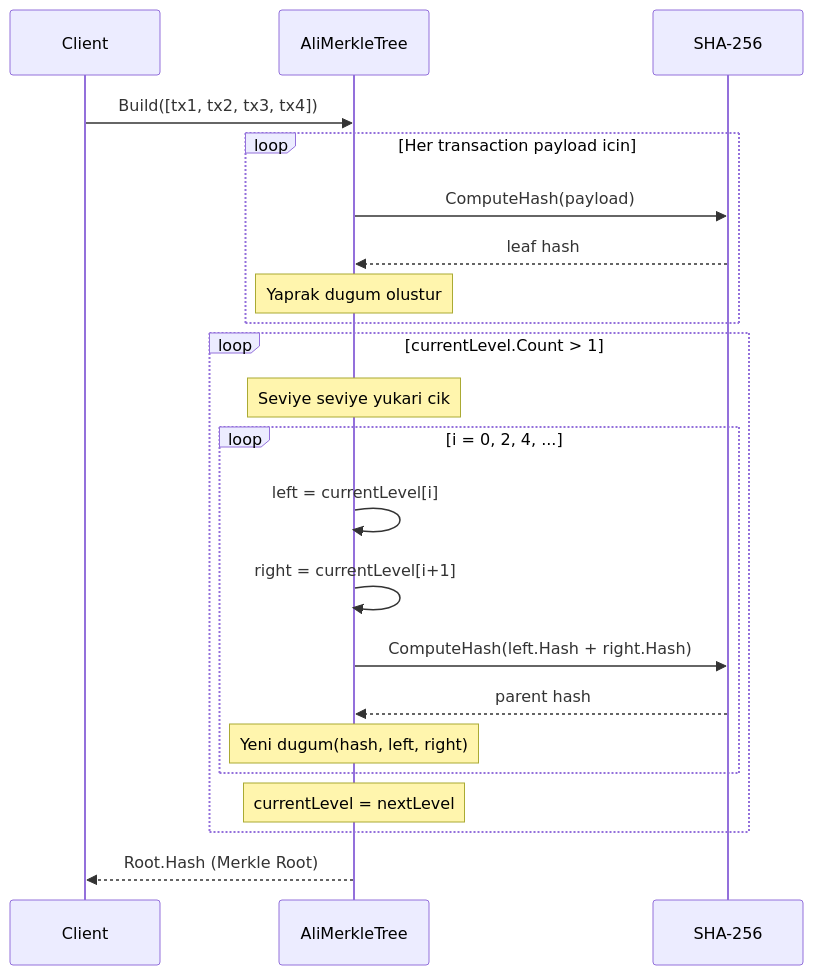
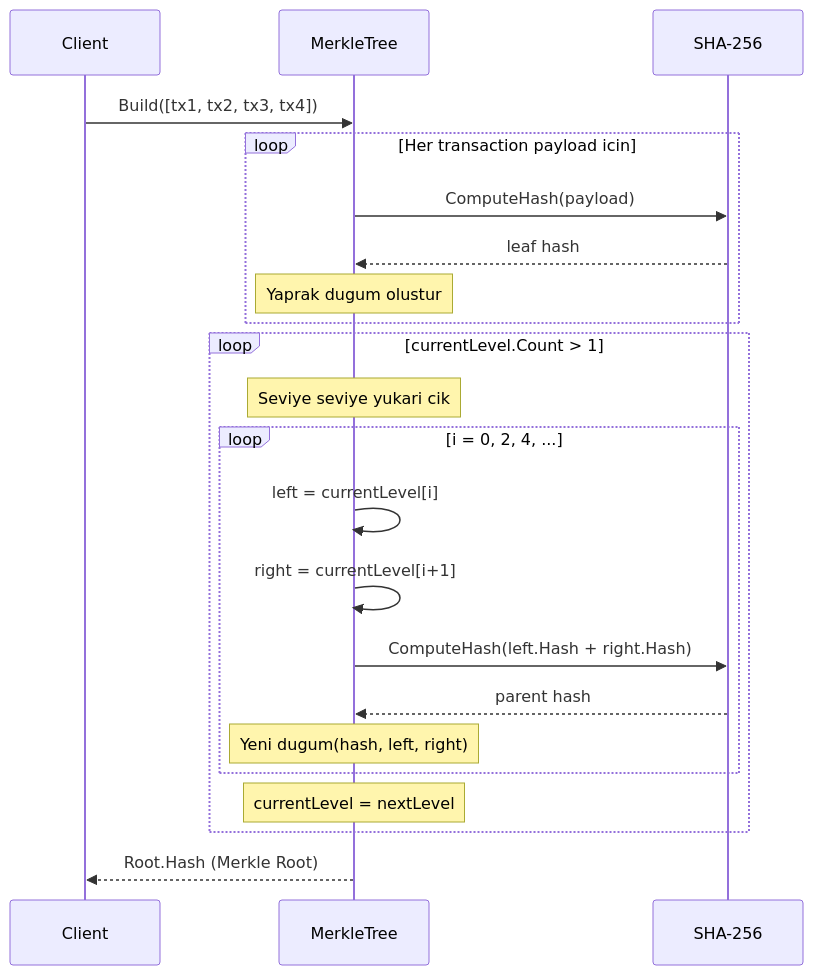
The fourth of 4 diagrams in UML_Diyagramlari.md (oguzinyo/Data-Structure-Project), drawn with Mermaid before and after one commit. The commit also changed other lines of this file and 4 other files, not shown here.

Commit message:
refactor: rename MerkleTree functions with developer name

````diff
--- a/UML_Diyagramlari.md
+++ b/UML_Diyagramlari.md
@@ -203,28 +203,28 @@
 ```mermaid
 sequenceDiagram
     participant Client
-    participant MT as AliMerkleTree
+    participant MT as MerkleTree
     participant SHA as SHA-256
 
     Client->>MT: Build([tx1, tx2, tx3, tx4])
     
     loop Her transaction payload icin
         MT->>SHA: ComputeHash(payload)
         SHA-->>MT: leaf hash
         Note over MT: Yaprak dugum olustur
     end
     
     loop currentLevel.Count > 1
         Note over MT: Seviye seviye yukari cik
         loop i = 0, 2, 4, ...
             MT->>MT: left = currentLevel[i]
             MT->>MT: right = currentLevel[i+1]
             MT->>SHA: ComputeHash(left.Hash + right.Hash)
             SHA-->>MT: parent hash
             Note over MT: Yeni dugum(hash, left, right)
         end
         Note over MT: currentLevel = nextLevel
     end
     
     MT-->>Client: Root.Hash (Merkle Root)
 ```
````
